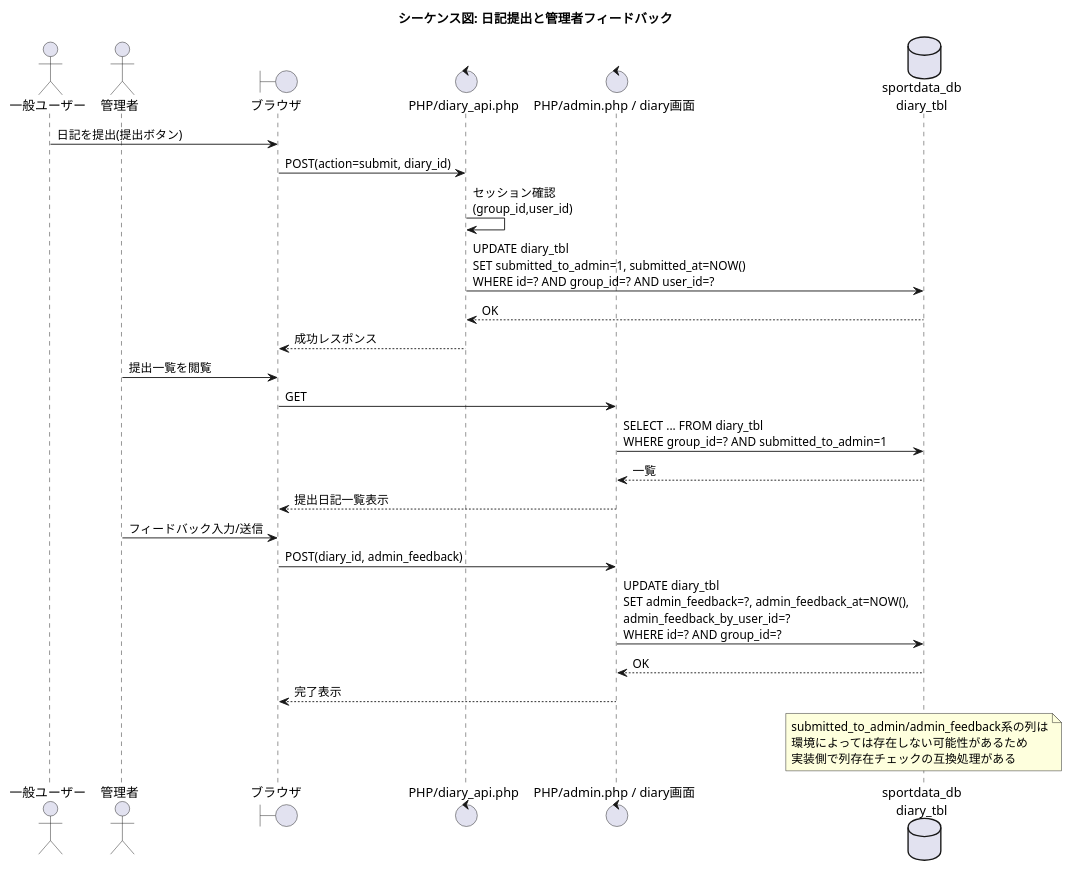
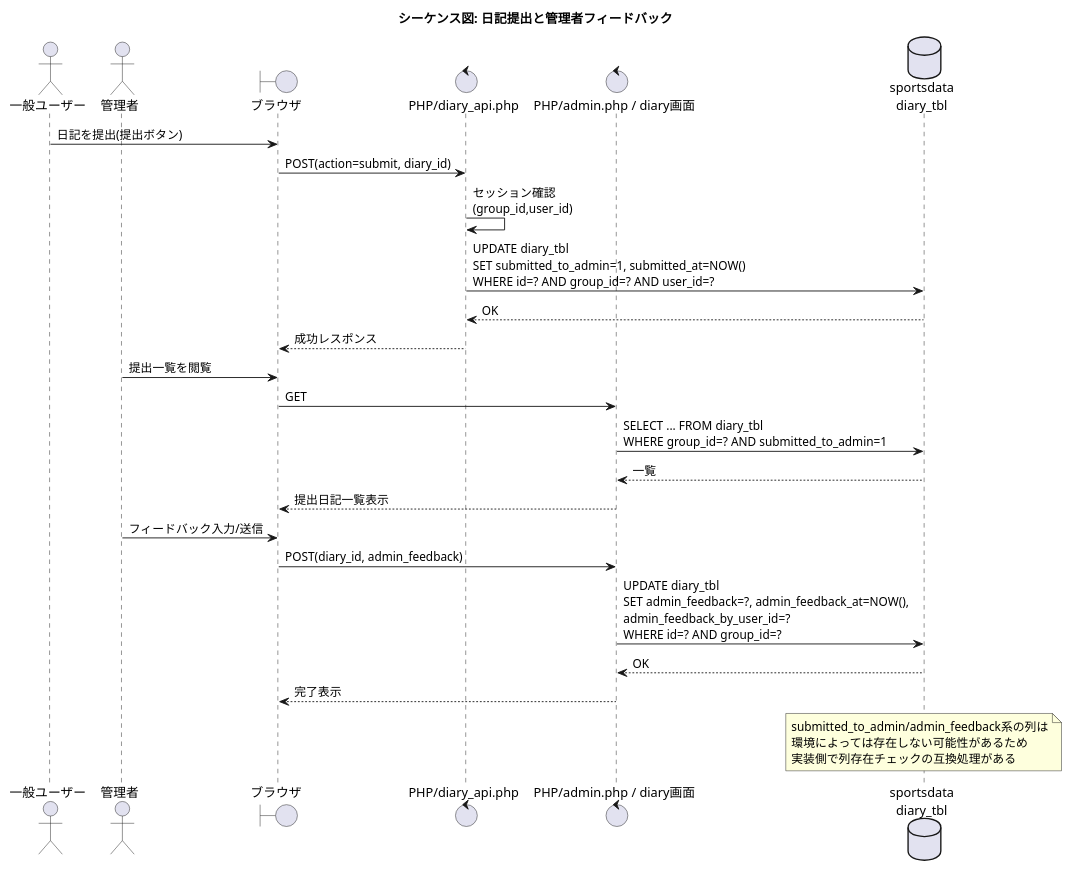
Before and after one commit to y24514/Graduation-research: the diagram in sportdataapp/docs/uml/sequence-diary-submit-feedback.puml, drawn with PlantUML. The commit also changed 69 other files, not shown here.

```diff
--- a/sportdataapp/docs/uml/sequence-diary-submit-feedback.puml
+++ b/sportdataapp/docs/uml/sequence-diary-submit-feedback.puml
@@ -1,36 +1,36 @@
 @startuml
 title シーケンス図: 日記提出と管理者フィードバック
 
 actor User as "一般ユーザー"
 actor Admin as "管理者"
 boundary Browser as "ブラウザ"
 control DiaryAPI as "PHP/diary_api.php"
 control AdminPage as "PHP/admin.php / diary画面"
-database DB as "sportdata_db\ndiary_tbl"
+database DB as "sportsdata\ndiary_tbl"
 
 User -> Browser : 日記を提出(提出ボタン)
 Browser -> DiaryAPI : POST(action=submit, diary_id)
 DiaryAPI -> DiaryAPI : セッション確認\n(group_id,user_id)
 DiaryAPI -> DB : UPDATE diary_tbl\nSET submitted_to_admin=1, submitted_at=NOW()\nWHERE id=? AND group_id=? AND user_id=?
 DB --> DiaryAPI : OK
 DiaryAPI --> Browser : 成功レスポンス
 
 Admin -> Browser : 提出一覧を閲覧
 Browser -> AdminPage : GET
 AdminPage -> DB : SELECT ... FROM diary_tbl\nWHERE group_id=? AND submitted_to_admin=1
 DB --> AdminPage : 一覧
 AdminPage --> Browser : 提出日記一覧表示
 
 Admin -> Browser : フィードバック入力/送信
 Browser -> AdminPage : POST(diary_id, admin_feedback)
 AdminPage -> DB : UPDATE diary_tbl\nSET admin_feedback=?, admin_feedback_at=NOW(),\nadmin_feedback_by_user_id=?\nWHERE id=? AND group_id=?
 DB --> AdminPage : OK
 AdminPage --> Browser : 完了表示
 
 note over DB
 submitted_to_admin/admin_feedback系の列は
 環境によっては存在しない可能性があるため
 実装側で列存在チェックの互換処理がある
 end note
 
 @enduml
```
